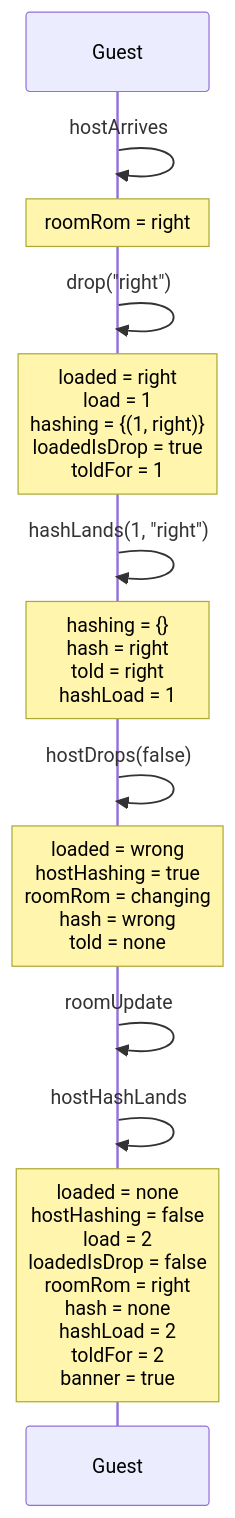
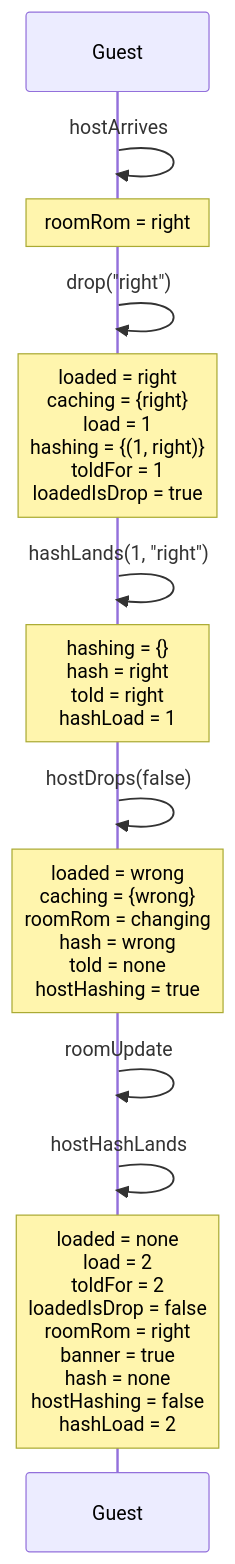
Diagram 25 of 27 in docs/spec-traces.md (kwilson21/kaillera-next), drawn with Mermaid before and after one commit. The commit also changed other lines of this file and 11 other files, not shown here.

````diff
--- a/docs/spec-traces.md
+++ b/docs/spec-traces.md
@@ -674,15 +674,15 @@
 ```mermaid
 sequenceDiagram
   participant Guest
   Guest->>Guest: hostArrives
   Note over Guest: roomRom = right
   Guest->>Guest: drop("right")
-  Note over Guest: loaded = right<br/>load = 1<br/>hashing = {(1, right)}<br/>loadedIsDrop = true<br/>toldFor = 1
+  Note over Guest: loaded = right<br/>caching = {right}<br/>load = 1<br/>hashing = {(1, right)}<br/>toldFor = 1<br/>loadedIsDrop = true
   Guest->>Guest: hashLands(1, "right")
   Note over Guest: hashing = {}<br/>hash = right<br/>told = right<br/>hashLoad = 1
   Guest->>Guest: hostDrops(false)
-  Note over Guest: loaded = wrong<br/>hostHashing = true<br/>roomRom = changing<br/>hash = wrong<br/>told = none
+  Note over Guest: loaded = wrong<br/>caching = {wrong}<br/>roomRom = changing<br/>hash = wrong<br/>told = none<br/>hostHashing = true
   Guest->>Guest: roomUpdate
   Guest->>Guest: hostHashLands
-  Note over Guest: loaded = none<br/>hostHashing = false<br/>load = 2<br/>loadedIsDrop = false<br/>roomRom = right<br/>hash = none<br/>hashLoad = 2<br/>toldFor = 2<br/>banner = true
+  Note over Guest: loaded = none<br/>load = 2<br/>toldFor = 2<br/>loadedIsDrop = false<br/>roomRom = right<br/>banner = true<br/>hash = none<br/>hostHashing = false<br/>hashLoad = 2
 ```
````
